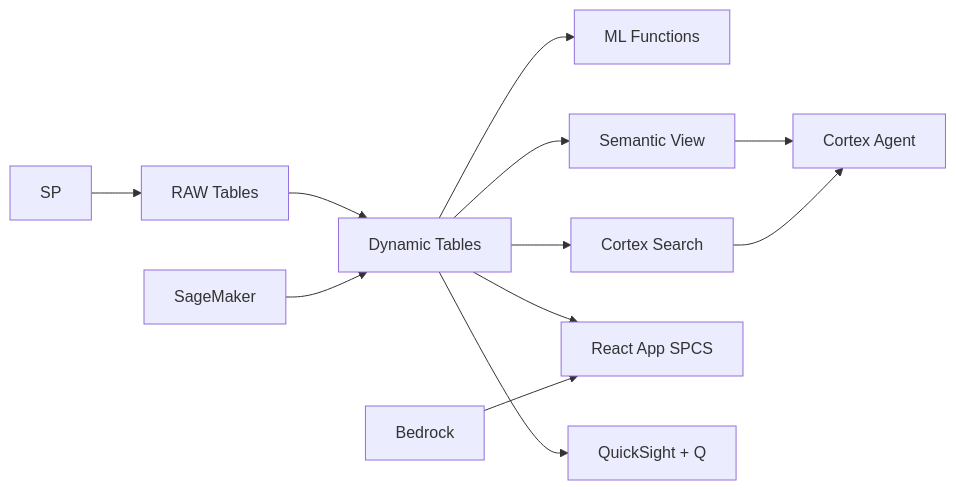
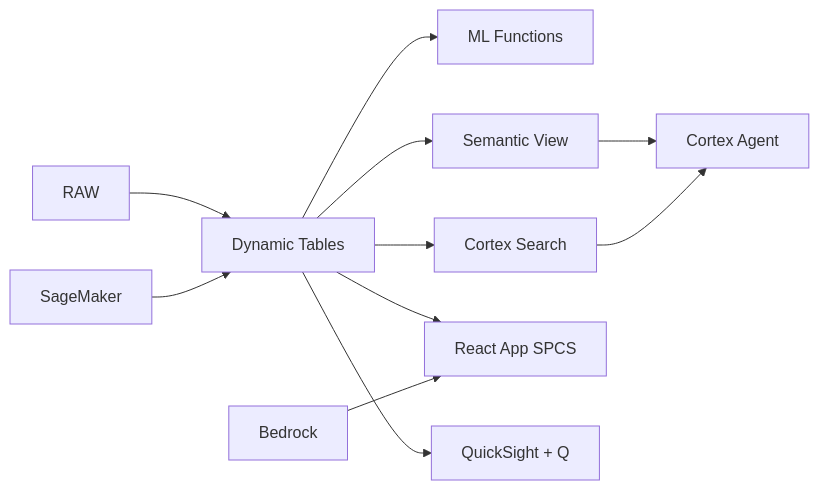
One commit to sfc-gh-jasvestis/aws-philippines-banking-branch changed the diagram in README.md. Above: the diagram before and after it, drawn with Mermaid. The commit also changed 7 other files, not shown here.

Commit message:
Fix: add all source files, .gitignore, fix Mermaid diagram

````diff
--- a/README.md
+++ b/README.md
@@ -9,14 +9,13 @@
 ```mermaid
 flowchart LR
-    SP --> RAW[RAW Tables]
     RAW --> DT[Dynamic Tables]
     DT --> ML[ML Functions]
     DT --> SEARCH[Cortex Search]
     DT --> SV[Semantic View]
     SV --> AGENT[Cortex Agent]
     SEARCH --> AGENT
     DT --> APP[React App SPCS]
     SM[SageMaker] --> DT
     BR[Bedrock] --> APP
     DT --> QS[QuickSight + Q]
 ```
````
